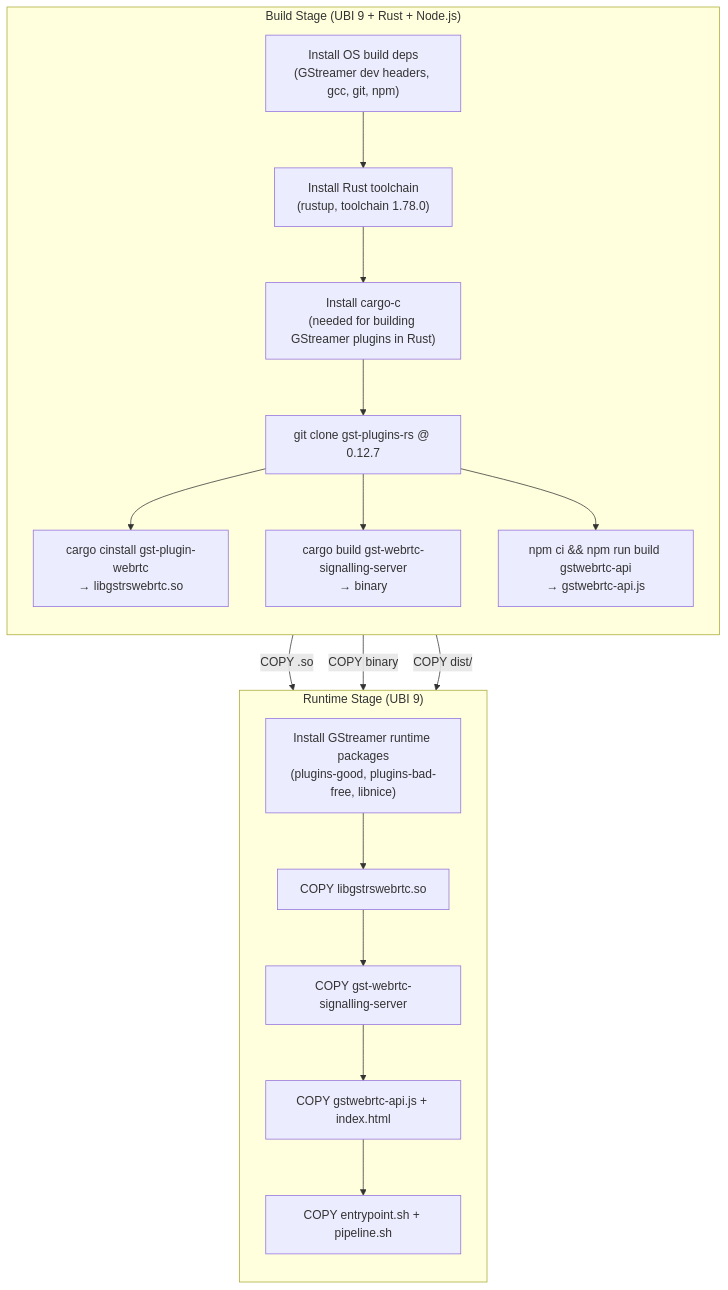
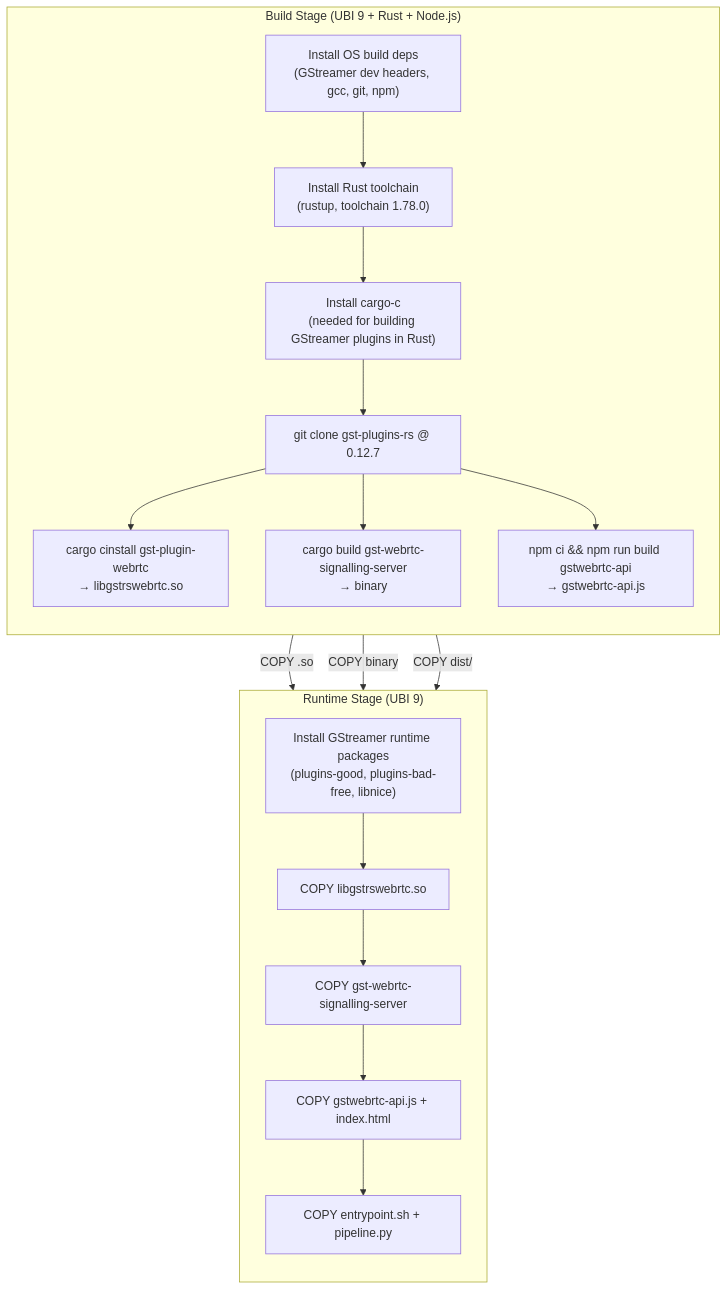
The sixth of 7 diagrams in README.md (nhwalker/streamer-test), drawn with Mermaid before and after one commit. The commit also changed other lines of this file and 5 other files, not shown here.

````diff
--- a/README.md
+++ b/README.md
@@ -233,32 +233,32 @@
 ```mermaid
 flowchart TD
     subgraph build["Build Stage (UBI 9 + Rust + Node.js)"]
         direction TB
         A["Install OS build deps\n(GStreamer dev headers, gcc, git, npm)"]
         B["Install Rust toolchain\n(rustup, toolchain 1.78.0)"]
         C["Install cargo-c\n(needed for building GStreamer plugins in Rust)"]
         D["git clone gst-plugins-rs @ 0.12.7"]
         E["cargo cinstall gst-plugin-webrtc\n→ libgstrswebrtc.so"]
         F["cargo build gst-webrtc-signalling-server\n→ binary"]
         G["npm ci && npm run build gstwebrtc-api\n→ gstwebrtc-api.js"]
 
         A --> B --> C --> D --> E
         D --> F
         D --> G
     end
 
     subgraph runtime["Runtime Stage (UBI 9)"]
         direction TB
         H["Install GStreamer runtime packages\n(plugins-good, plugins-bad-free, libnice)"]
         I["COPY libgstrswebrtc.so"]
         J["COPY gst-webrtc-signalling-server"]
         K["COPY gstwebrtc-api.js + index.html"]
-        L["COPY entrypoint.sh + pipeline.sh"]
+        L["COPY entrypoint.sh + pipeline.py"]
 
         H --> I --> J --> K --> L
     end
 
     E -->|"COPY .so"| I
     F -->|"COPY binary"| J
     G -->|"COPY dist/"| K
 ```
````
